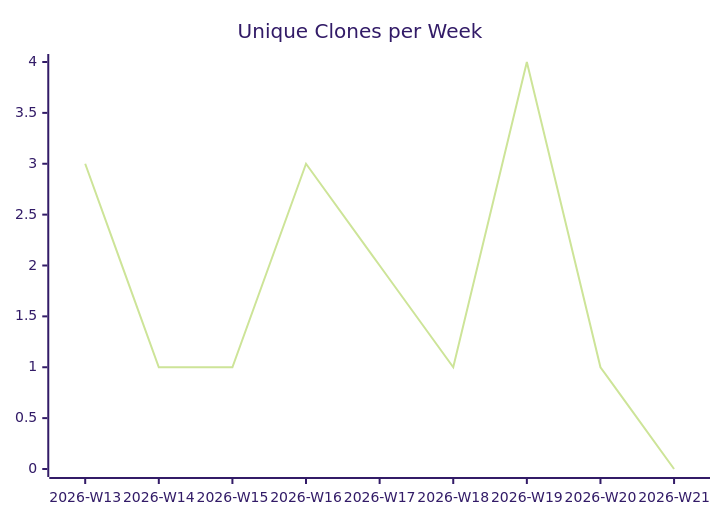
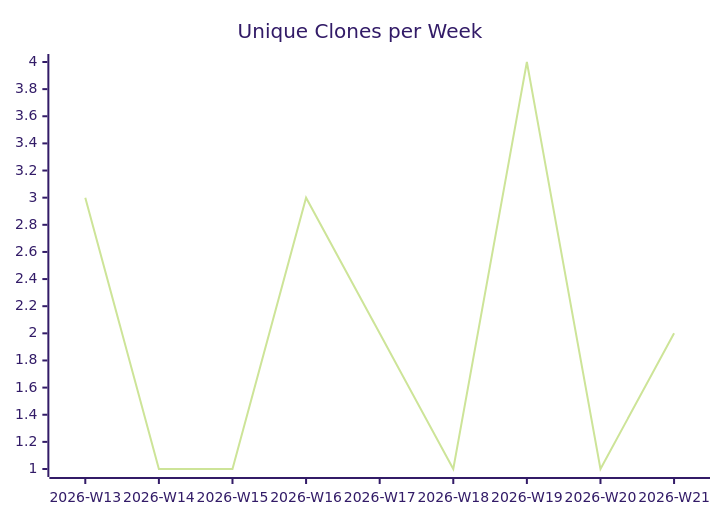
The third of 3 diagrams in karlmdavis/test-repo-for-move/README.md (justdavis-family/github-analytics-data), drawn with Mermaid (forest theme) before and after one commit. The commit also changed other lines of this file and 189 other files, not shown here.

````diff
--- a/karlmdavis/test-repo-for-move/README.md
+++ b/karlmdavis/test-repo-for-move/README.md
@@ -19,6 +19,6 @@
 ```mermaid
 xychart-beta
   title "Unique Clones per Week"
   x-axis ["2026-W13", "2026-W14", "2026-W15", "2026-W16", "2026-W17", "2026-W18", "2026-W19", "2026-W20", "2026-W21"]
-  line [3, 1, 1, 3, 2, 1, 4, 1, 0]
+  line [3, 1, 1, 3, 2, 1, 4, 1, 2]
 ```
````
